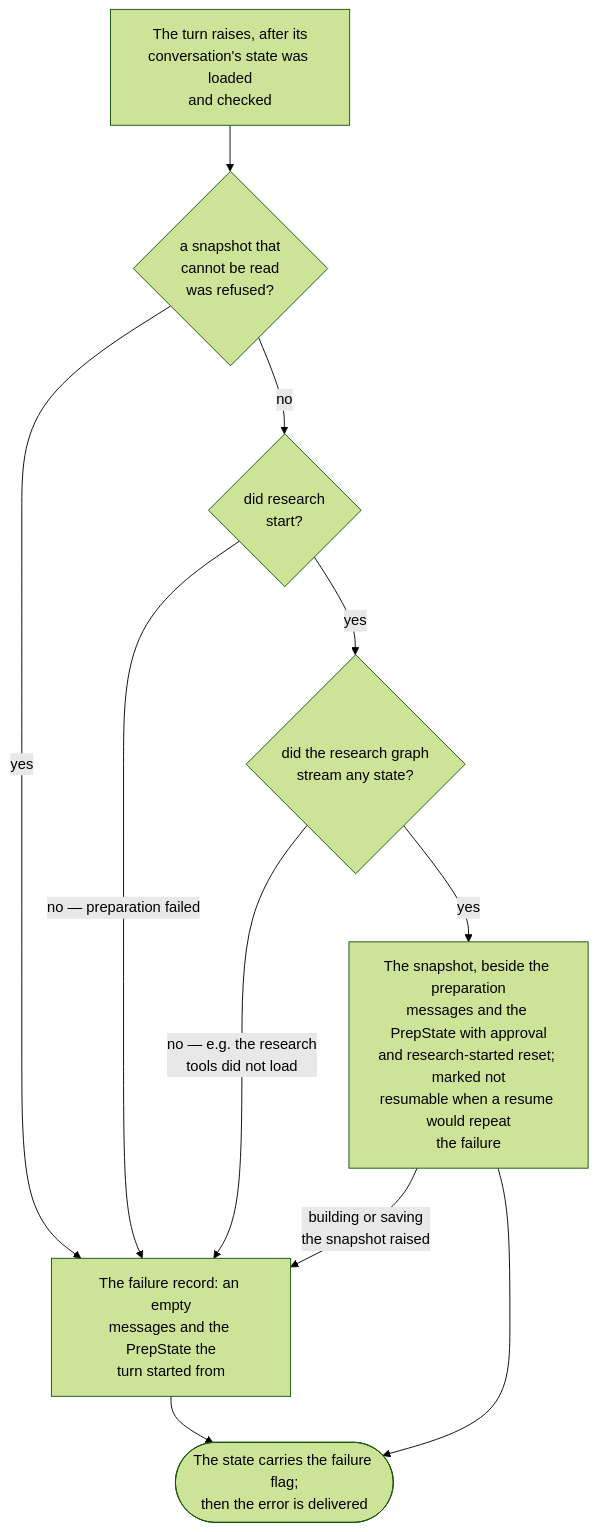
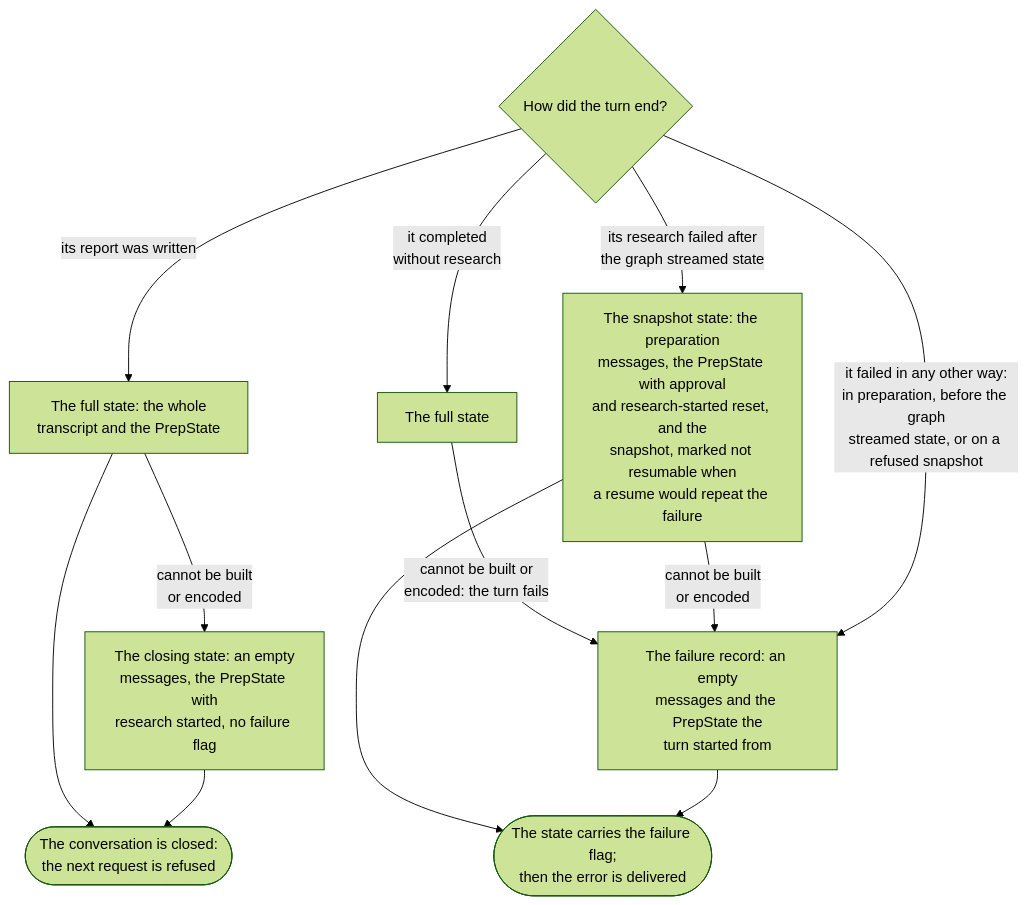
One commit to epam/ai-dial-deep-research-backend changed the third of 5 diagrams in docs/architecture.md. Above: the diagram before and after it, drawn with Mermaid (forest theme). The commit also changed other lines of this file and 9 other files, not shown here.

First line of the commit message:
fix: keep a delivered report from running the same research again when its state cannot be saved

````diff
--- a/docs/architecture.md
+++ b/docs/architecture.md
@@ -184,13 +188,15 @@
 ```mermaid
 flowchart TD
-    fail["The turn raises, after its<br/>conversation's state was loaded<br/>and checked"] --> refusal{"a snapshot that<br/>cannot be read<br/>was refused?"}
-    refusal -->|yes| record
-    refusal -->|no| started{"did research<br/>start?"}
-    started -->|"no — preparation failed"| record
-    started -->|yes| streamed{"did the research graph<br/>stream any state?"}
-    streamed -->|"no — e.g. the research<br/>tools did not load"| record
-    streamed -->|yes| snapshot["The snapshot, beside the preparation<br/>messages and the PrepState with approval<br/>and research-started reset; marked not<br/>resumable when a resume would repeat<br/>the failure"]
-    snapshot -->|"building or saving<br/>the snapshot raised"| record["The failure record: an empty<br/>messages and the PrepState the<br/>turn started from"]
+    ended{"How did the turn end?"}
+    ended -->|"its report was written"| full["The full state: the whole<br/>transcript and the PrepState"]
+    full -->|"cannot be built<br/>or encoded"| closing["The closing state: an empty<br/>messages, the PrepState with<br/>research started, no failure flag"]
+    full --> closed(["The conversation is closed:<br/>the next request is refused"])
+    closing --> closed
+    ended -->|"it completed<br/>without research"| prep_full["The full state"]
+    prep_full -->|"cannot be built or<br/>encoded: the turn fails"| record
+    ended -->|"its research failed after<br/>the graph streamed state"| snapshot["The snapshot state: the preparation<br/>messages, the PrepState with approval<br/>and research-started reset, and the<br/>snapshot, marked not resumable when<br/>a resume would repeat the failure"]
+    snapshot -->|"cannot be built<br/>or encoded"| record["The failure record: an empty<br/>messages and the PrepState the<br/>turn started from"]
+    ended -->|"it failed in any other way:<br/>in preparation, before the graph<br/>streamed state, or on a refused snapshot"| record
     snapshot --> flag(["The state carries the failure flag;<br/>then the error is delivered"])
     record --> flag
 ```
````
